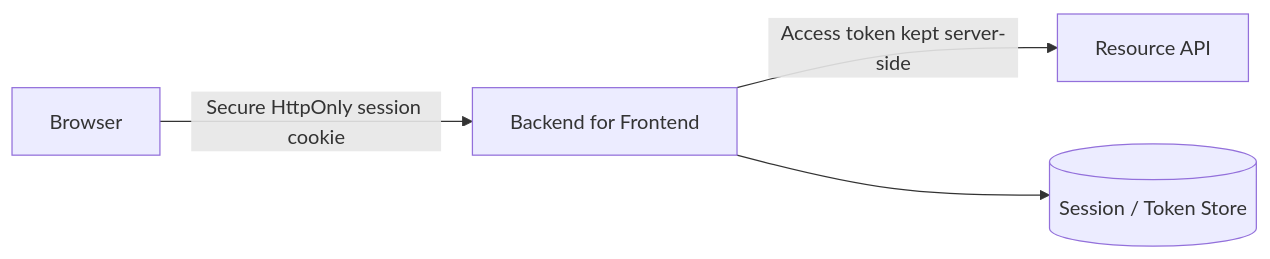
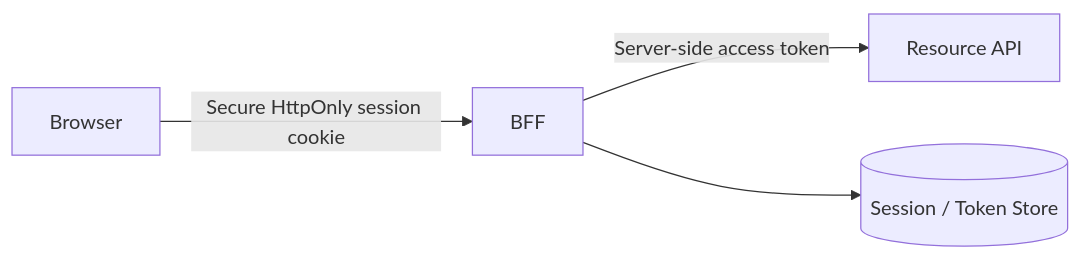
Before and after one commit to AvadhBhalodiya/Interview-Preparation: the fifth of 6 diagrams in src/content/security/jwt-pitfalls.md, drawn with Mermaid. The commit also changed other lines of this file and 54 other files, not shown here.

````diff
--- a/src/content/security/jwt-pitfalls.md
+++ b/src/content/security/jwt-pitfalls.md
@@ -698,6 +523,6 @@
 ```mermaid
 flowchart LR
-    B[Browser] -->|Secure HttpOnly session cookie| BFF[Backend for Frontend]
-    BFF -->|Access token kept server-side| API[Resource API]
+    B[Browser] -->|Secure HttpOnly session cookie| BFF[BFF]
+    BFF -->|Server-side access token| API[Resource API]
     BFF --> STORE[(Session / Token Store)]
 ```
````
